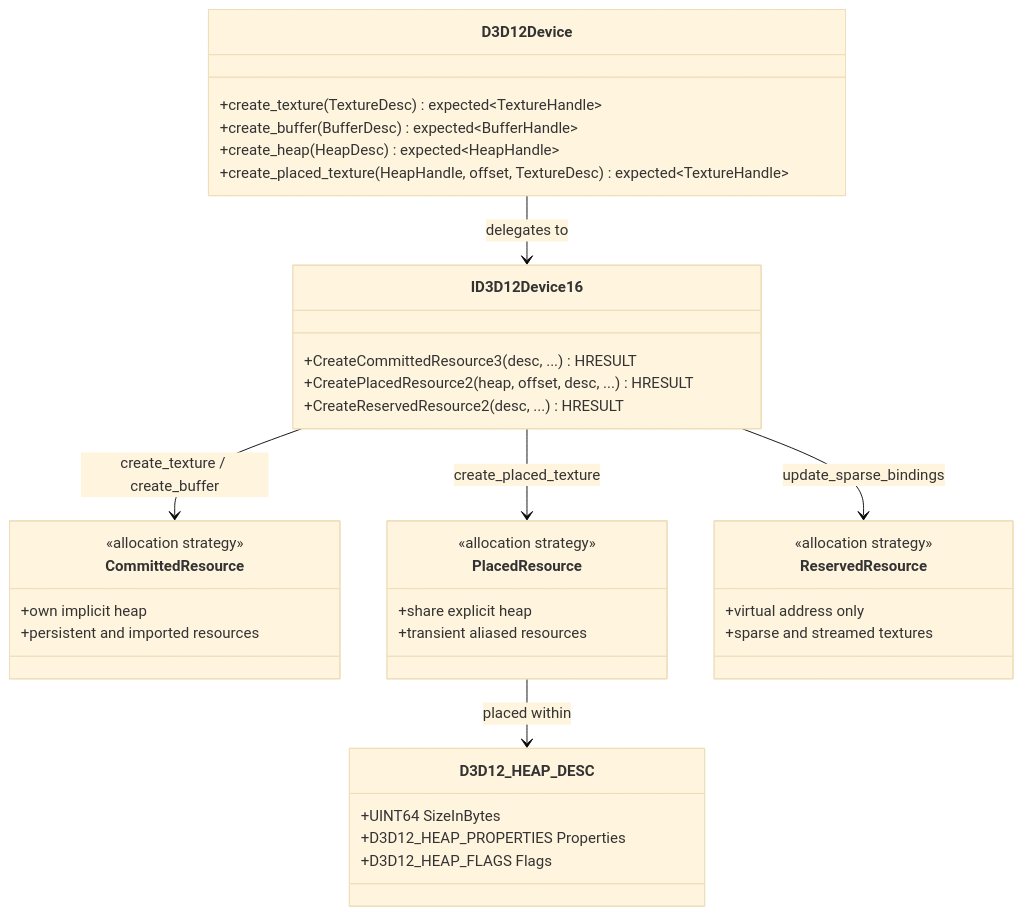
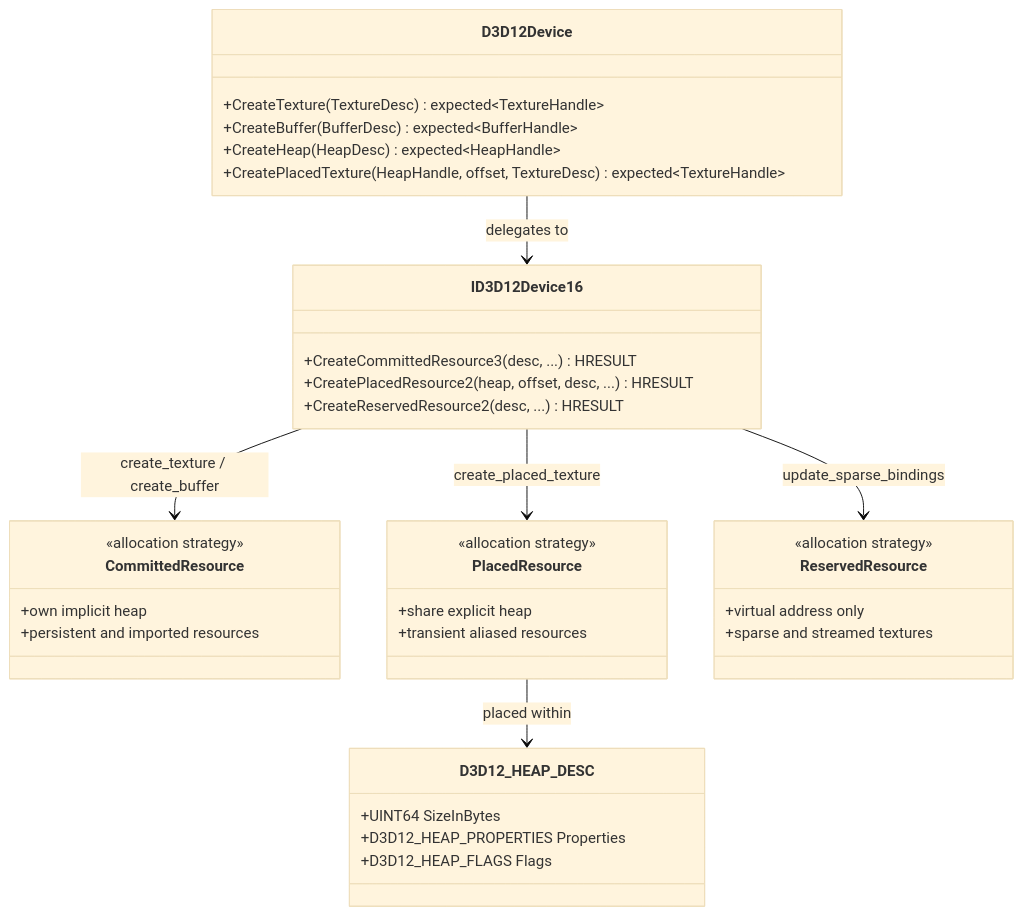
The fourth of 9 diagrams in docs/design/gpu-backend-d3d12-classes.md (harmonius-dev/harmonius), drawn with Mermaid (base theme) before and after one commit. The commit also changed other lines of this file and 67 other files, not shown here.

````diff
--- a/docs/design/gpu-backend-d3d12-classes.md
+++ b/docs/design/gpu-backend-d3d12-classes.md
@@ -330,45 +330,45 @@
 ```mermaid
 classDiagram
     class D3D12Device {
-        +create_texture(TextureDesc) expected~TextureHandle~
-        +create_buffer(BufferDesc) expected~BufferHandle~
-        +create_heap(HeapDesc) expected~HeapHandle~
-        +create_placed_texture(HeapHandle, offset, TextureDesc) expected~TextureHandle~
+        +CreateTexture(TextureDesc) expected~TextureHandle~
+        +CreateBuffer(BufferDesc) expected~BufferHandle~
+        +CreateHeap(HeapDesc) expected~HeapHandle~
+        +CreatePlacedTexture(HeapHandle, offset, TextureDesc) expected~TextureHandle~
     }
 
     class CommittedResource {
         <<allocation strategy>>
         +own implicit heap
         +persistent and imported resources
     }
 
     class PlacedResource {
         <<allocation strategy>>
         +share explicit heap
         +transient aliased resources
     }
 
     class ReservedResource {
         <<allocation strategy>>
         +virtual address only
         +sparse and streamed textures
     }
 
     class D3D12_HEAP_DESC {
         +UINT64 SizeInBytes
         +D3D12_HEAP_PROPERTIES Properties
         +D3D12_HEAP_FLAGS Flags
     }
 
     class ID3D12Device16 {
         +CreateCommittedResource3(desc, ...) HRESULT
         +CreatePlacedResource2(heap, offset, desc, ...) HRESULT
         +CreateReservedResource2(desc, ...) HRESULT
     }
 
     D3D12Device --> ID3D12Device16 : delegates to
     ID3D12Device16 --> CommittedResource : create_texture / create_buffer
     ID3D12Device16 --> PlacedResource : create_placed_texture
     ID3D12Device16 --> ReservedResource : update_sparse_bindings
     PlacedResource --> D3D12_HEAP_DESC : placed within
 ```
````
